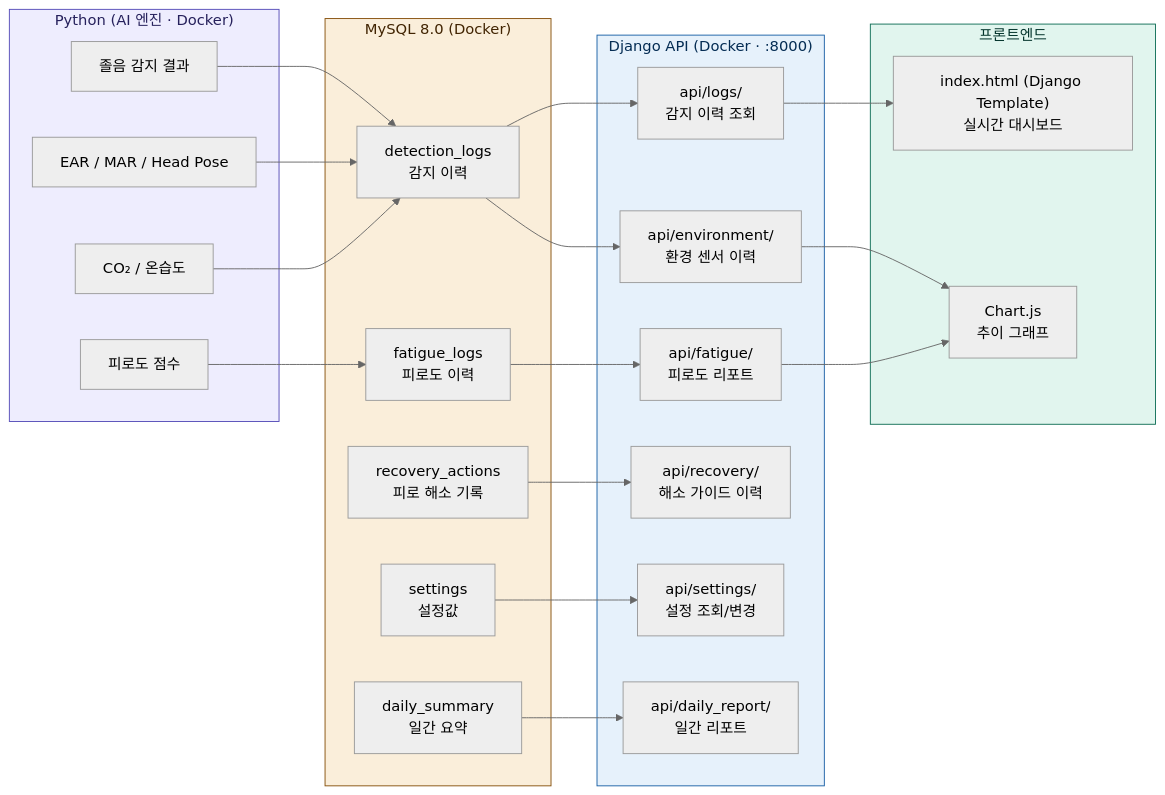
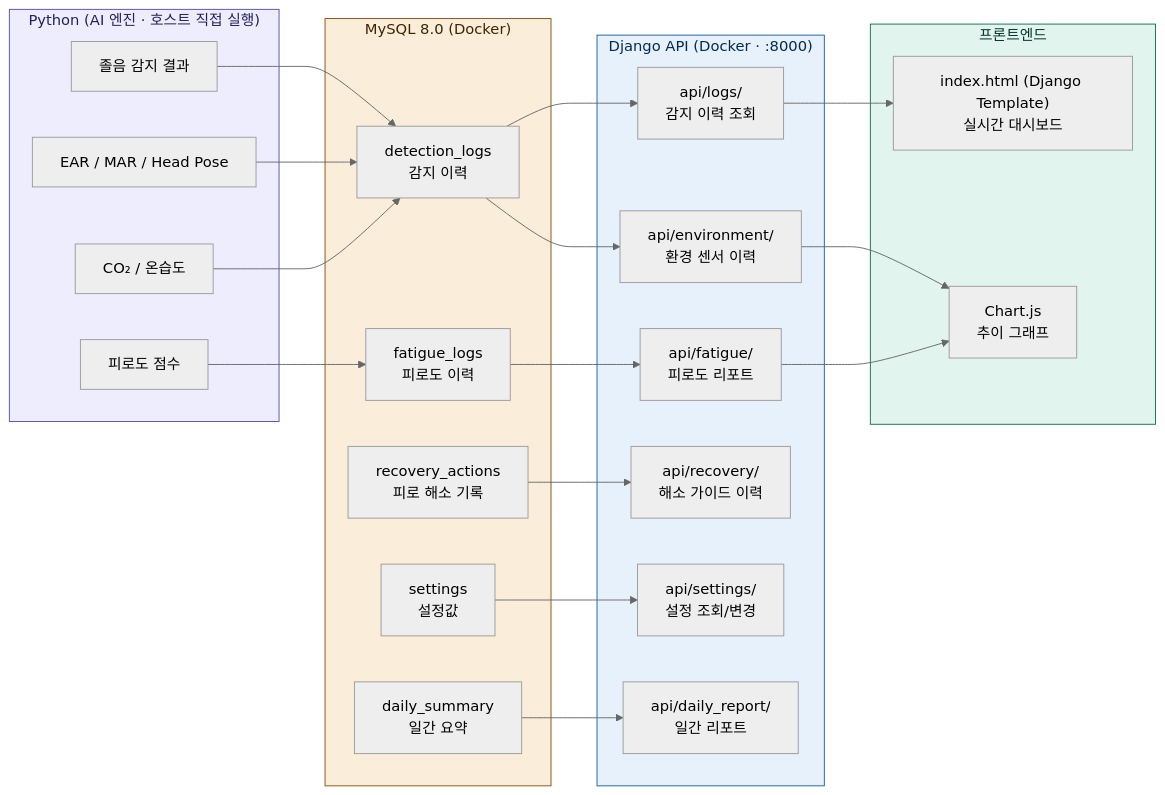
One commit to pgh165/capstone changed the second of 13 diagrams in project.md. Above: the diagram before and after it, drawn with Mermaid (neutral theme). The commit also changed other lines of this file and 4 other files, not shown here.

````diff
--- a/project.md
+++ b/project.md
@@ -82,50 +82,50 @@
 ```mermaid
 flowchart LR
-    subgraph PYTHON["Python (AI 엔진 · Docker)"]
+    subgraph PYTHON["Python (AI 엔진 · 호스트 직접 실행)"]
         P1["졸음 감지 결과"]
         P2["EAR / MAR / Head Pose"]
         P3["CO₂ / 온습도"]
         P4["피로도 점수"]
     end
 
     subgraph MYSQL["MySQL 8.0 (Docker)"]
         DB1["detection_logs<br/>감지 이력"]
         DB3["fatigue_logs<br/>피로도 이력"]
         DB4["recovery_actions<br/>피로 해소 기록"]
         DB5["settings<br/>설정값"]
         DB6["daily_summary<br/>일간 요약"]
     end
 
     subgraph DJANGO["Django API (Docker · :8000)"]
         API1["api/logs/<br/>감지 이력 조회"]
         API3["api/fatigue/<br/>피로도 리포트"]
         API4["api/recovery/<br/>해소 가이드 이력"]
         API5["api/environment/<br/>환경 센서 이력"]
         API6["api/settings/<br/>설정 조회/변경"]
         API7["api/daily_report/<br/>일간 리포트"]
     end
 
     subgraph FRONT["프론트엔드"]
         F1["index.html (Django Template)<br/>실시간 대시보드"]
         F2["Chart.js<br/>추이 그래프"]
     end
 
     P1 --> DB1
     P2 --> DB1
     P3 --> DB1
     P4 --> DB3
     DB1 --> API1
     DB3 --> API3
     DB4 --> API4
     DB1 --> API5
     DB5 --> API6
     DB6 --> API7
     API1 --> F1
     API3 --> F2
     API5 --> F2
 
     style PYTHON fill:#EEEDFE,stroke:#534AB7,color:#26215C
     style MYSQL fill:#FAEEDA,stroke:#854F0B,color:#412402
     style DJANGO fill:#E6F1FB,stroke:#185FA5,color:#042C53
     style FRONT fill:#E1F5EE,stroke:#0F6E56,color:#04342C
 ```
````
